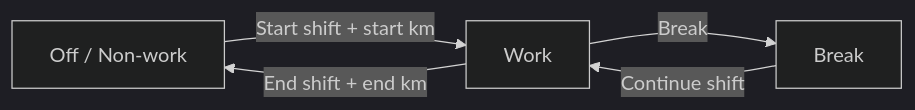
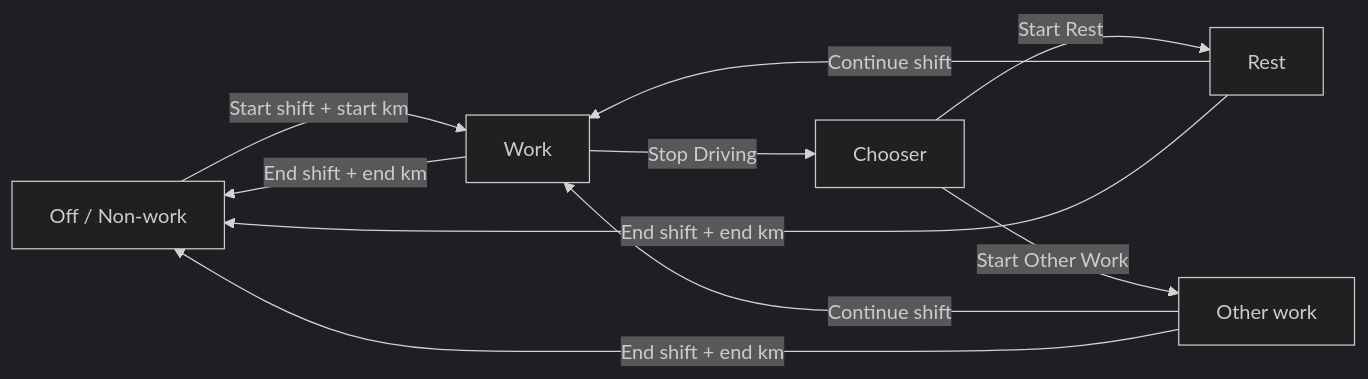
Before and after one commit to Rod-Shehan/fatigue-app-latest: the diagram in app-next/docs/user-guides/driver-ui-guide-esl.md, drawn with Mermaid (dark theme). The commit also changed other lines of this file and 42 other files, not shown here.

Commit message:
Let drivers stop driving into Rest or Other work, and keep Other work on breaks from driving even when it runs long.

````diff
--- a/app-next/docs/user-guides/driver-ui-guide-esl.md
+++ b/app-next/docs/user-guides/driver-ui-guide-esl.md
@@ -69,7 +75,12 @@
 ```mermaid
 flowchart LR
   A[Off / Non-work] -->|Start shift + start km| B[Work]
-  B -->|Break| C[Break]
-  C -->|Continue shift| B
+  B -->|Stop Driving| C[Chooser]
+  C -->|Start Rest| D[Rest]
+  C -->|Start Other Work| E[Other work]
+  D -->|Continue shift| B
+  E -->|Continue shift| B
   B -->|End shift + end km| A
+  D -->|End shift + end km| A
+  E -->|End shift + end km| A
 ```
````
